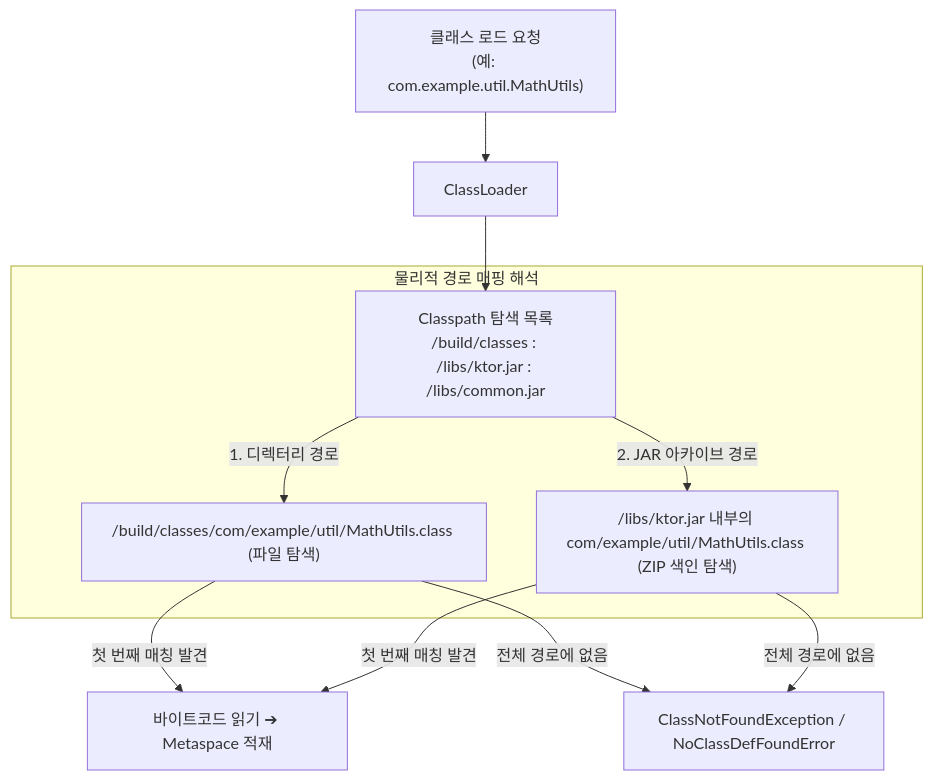
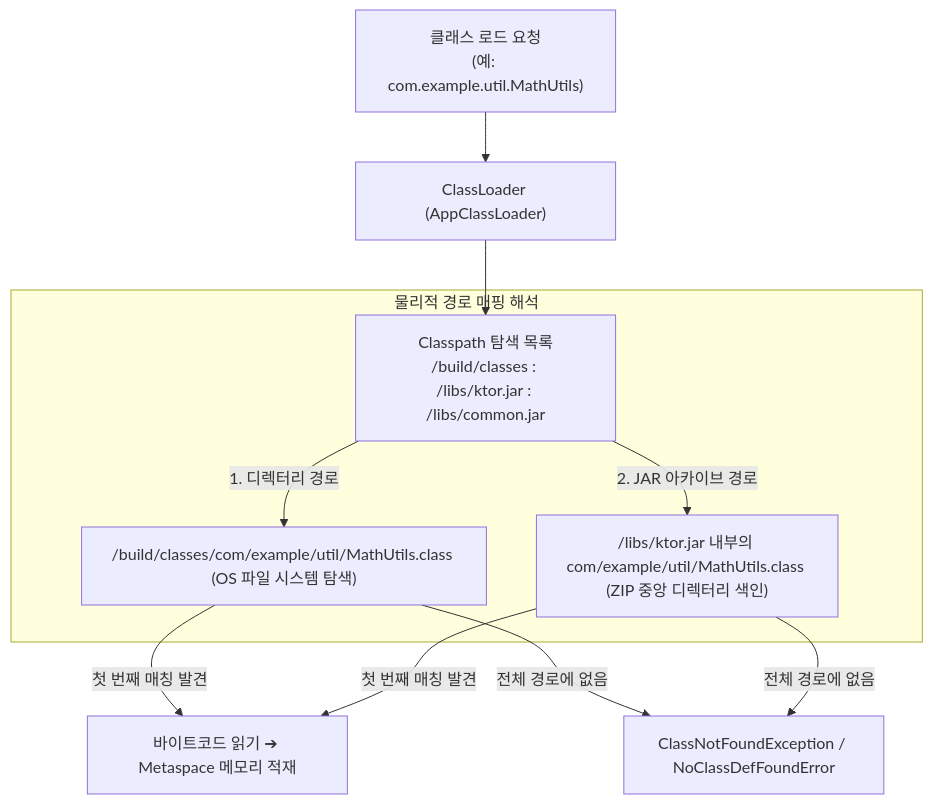
The first of 4 diagrams in 01_inbox/computer-science/jvm-classpath.md (youngmin-gwon/what-i-studied), drawn with Mermaid before and after one commit. The commit also changed other lines of this file and 1 other file, not shown here.

````diff
--- a/01_inbox/computer-science/jvm-classpath.md
+++ b/01_inbox/computer-science/jvm-classpath.md
@@ -17,13 +17,13 @@
 ```mermaid
 flowchart TD
-    Req["클래스 로드 요청<br/>(예: com.example.util.MathUtils)"] --> CL["ClassLoader"]
+    Req["클래스 로드 요청<br/>(예: com.example.util.MathUtils)"] --> CL["ClassLoader (AppClassLoader)"]
     CL --> CP["Classpath 탐색 목록<br/>/build/classes : /libs/ktor.jar : /libs/common.jar"]
     
-    subgraph "물리적 경로 매핑 해석"
-        CP -->|1. 디렉터리 경로| Dir["/build/classes/com/example/util/MathUtils.class (파일 탐색)"]
-        CP -->|2. JAR 아카이브 경로| Jar["/libs/ktor.jar 내부의 com/example/util/MathUtils.class (ZIP 색인 탐색)"]
+    subgraph PhysicalMap ["물리적 경로 매핑 해석"]
+        CP -->|1. 디렉터리 경로| Dir["/build/classes/com/example/util/MathUtils.class (OS 파일 시스템 탐색)"]
+        CP -->|2. JAR 아카이브 경로| Jar["/libs/ktor.jar 내부의 com/example/util/MathUtils.class (ZIP 중앙 디렉터리 색인)"]
     end
 
-    Dir & Jar -->|첫 번째 매칭 발견| Load["바이트코드 읽기 ➔ Metaspace 적재"]
+    Dir & Jar -->|첫 번째 매칭 발견| Load["바이트코드 읽기 ➔ Metaspace 메모리 적재"]
     Dir & Jar -->|전체 경로에 없음| Error["ClassNotFoundException / NoClassDefFoundError"]
 ```
````
